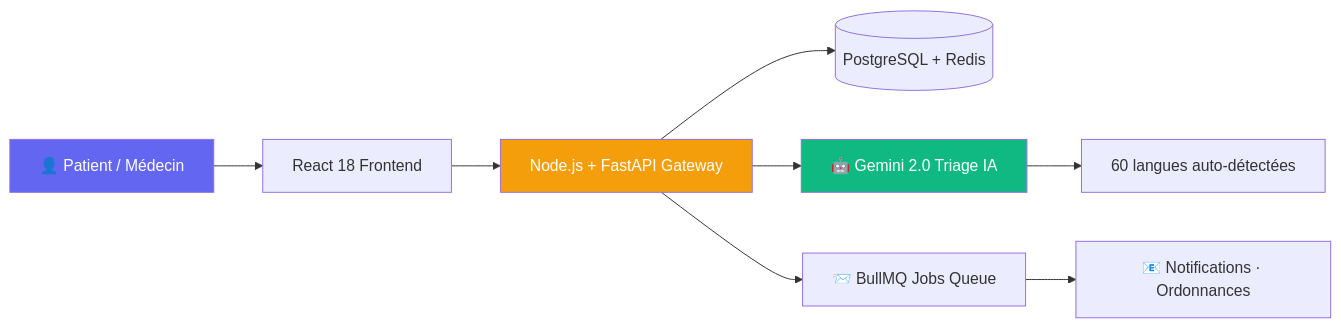
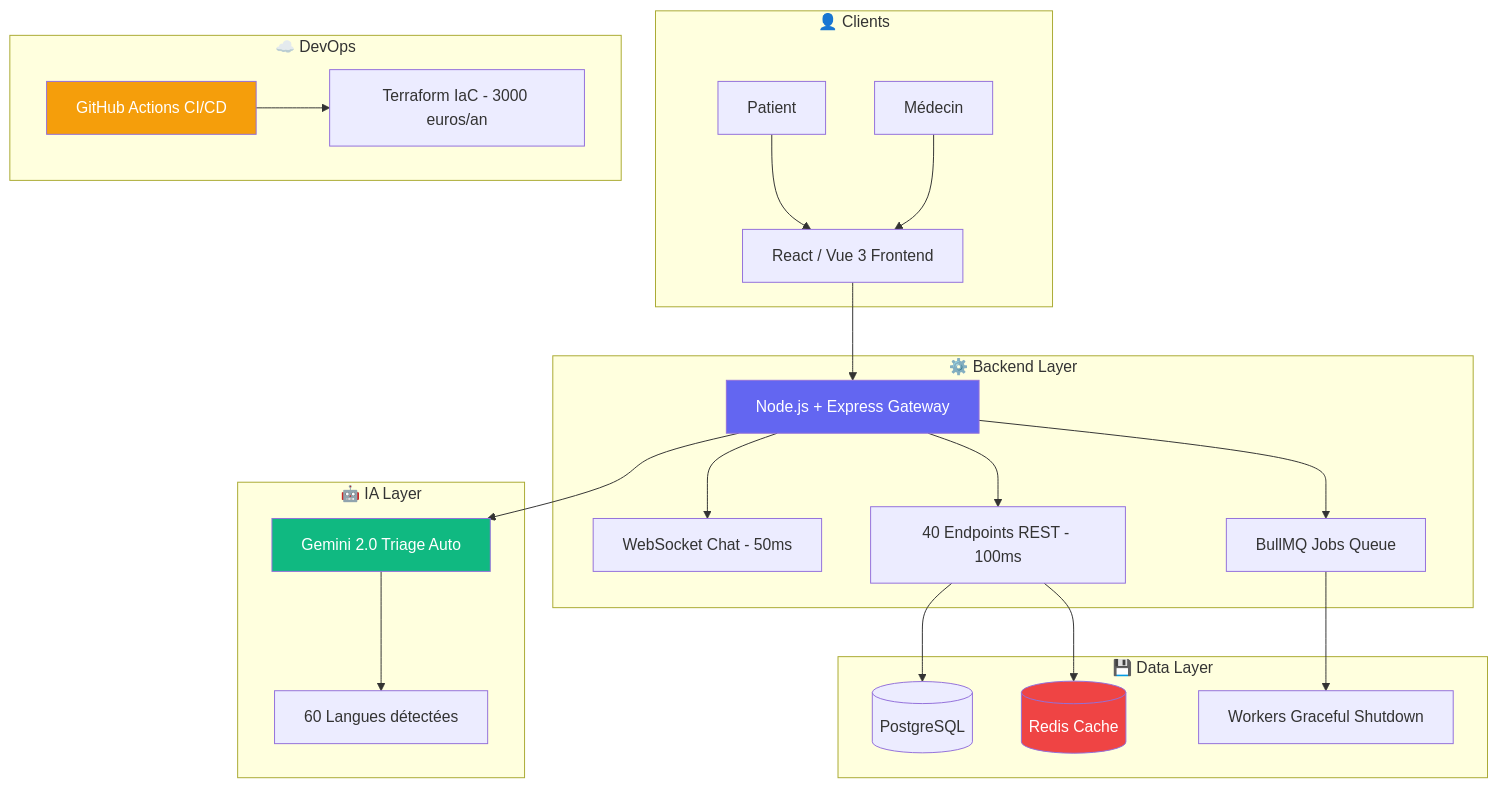
Before and after one commit to Altay55stage/Altay55stage: the first of 3 diagrams in README.md, drawn with Mermaid. The commit also changed other lines of this file, not shown here.

````diff
--- a/README.md
+++ b/README.md
@@ -53,14 +75,29 @@
 ```mermaid
-graph LR
-    A[👤 Patient / Médecin] --> B[React 18 Frontend]
-    B --> C[Node.js + FastAPI Gateway]
-    C --> D[(PostgreSQL + Redis)]
-    C --> E[🤖 Gemini 2.0 Triage IA]
-    C --> F[📨 BullMQ Jobs Queue]
-    E --> G[60 langues auto-détectées]
-    F --> H[📧 Notifications · Ordonnances]
-    
-    style A fill:#6366F1,color:#fff
-    style E fill:#10B981,color:#fff
-    style C fill:#F59E0B,color:#fff
+graph TB
+    subgraph CLIENTS["👤 Clients"]
+        P[Patient] & M[Médecin] --> F[React / Vue 3 Frontend]
+    end
+    subgraph BACKEND["⚙️ Backend Layer"]
+        F --> GW[Node.js + Express Gateway]
+        GW --> WS[WebSocket Chat - 50ms]
+        GW --> REST[40 Endpoints REST - 100ms]
+        GW --> Q[BullMQ Jobs Queue]
+    end
+    subgraph DATA["💾 Data Layer"]
+        REST --> PG[(PostgreSQL)]
+        REST --> RC[(Redis Cache)]
+        Q --> WK[Workers Graceful Shutdown]
+    end
+    subgraph AI["🤖 IA Layer"]
+        GW --> GEM[Gemini 2.0 Triage Auto]
+        GEM --> LANG[60 Langues détectées]
+    end
+    subgraph DEVOPS["☁️ DevOps"]
+        CI[GitHub Actions CI/CD] --> TF[Terraform IaC - 3000 euros/an]
+    end
+
+    style GW fill:#6366F1,color:#fff
+    style GEM fill:#10B981,color:#fff
+    style RC fill:#EF4444,color:#fff
+    style CI fill:#F59E0B,color:#fff
 ```
````
